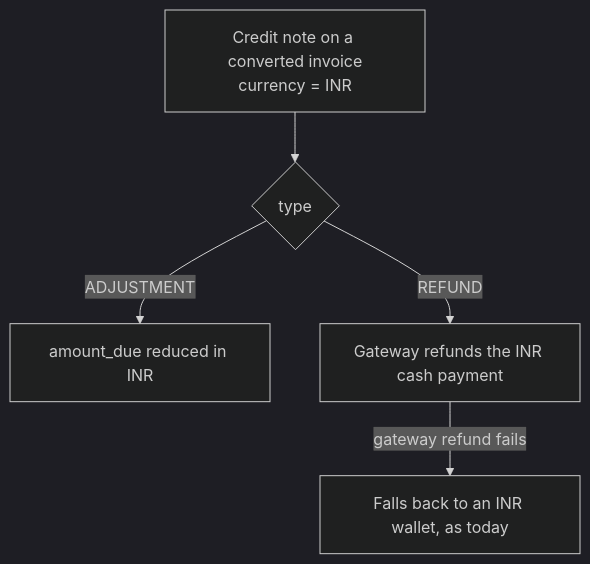
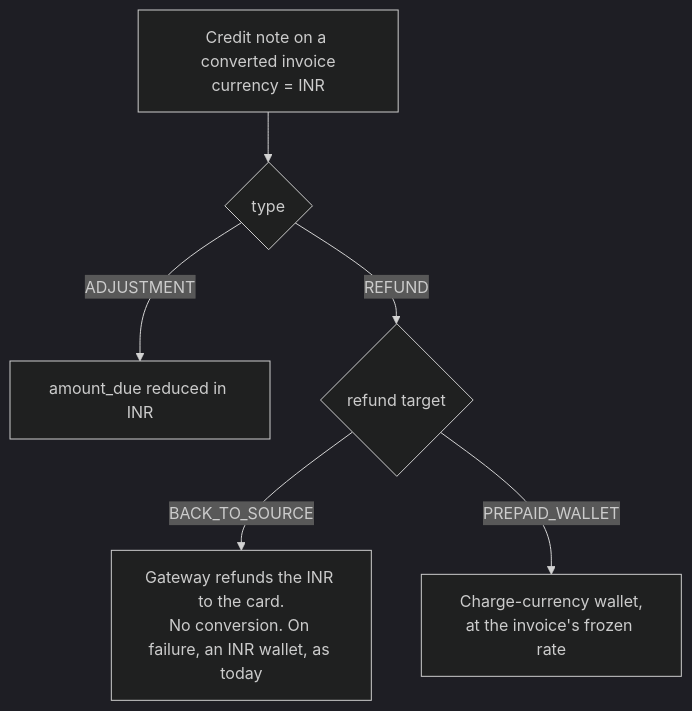
Before and after one commit to aghijap/flexprice-FLE-1411: the fifth of 7 diagrams in docs/design/2026-09-26-FLE-1383-adaptive-multi-currency-erd.md, drawn with Mermaid (dark theme). The commit also changed other lines of this file, not shown here.

First line of the commit message:
docs(FLE-1383): credit-note refund target choice with frozen-rate wallet path

````diff
--- a/docs/design/2026-09-26-FLE-1383-adaptive-multi-currency-erd.md
+++ b/docs/design/2026-09-26-FLE-1383-adaptive-multi-currency-erd.md
@@ -568,7 +567,8 @@
 ```mermaid
 flowchart TD
     CN["Credit note on a converted invoice<br/>currency = INR"] --> T{"type"}
     T -- ADJUSTMENT --> ADJ["amount_due reduced in INR"]
-    T -- REFUND --> GW["Gateway refunds the INR cash payment"]
-    GW -- "gateway refund fails" --> FB["Falls back to an INR wallet, as today"]
+    T -- REFUND --> RT{"refund target"}
+    RT -- BACK_TO_SOURCE --> GW["Gateway refunds the INR to the card.<br/>No conversion. On failure, an INR wallet, as today"]
+    RT -- PREPAID_WALLET --> WAL["Charge-currency wallet,<br/>at the invoice's frozen rate"]
 ```
````
